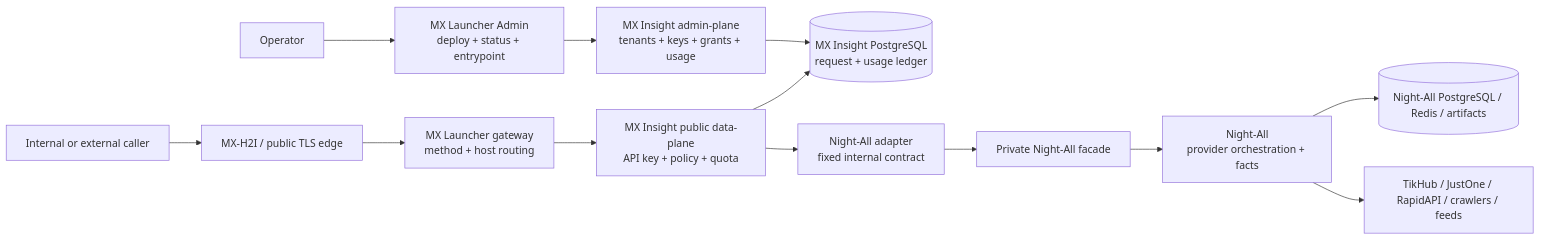
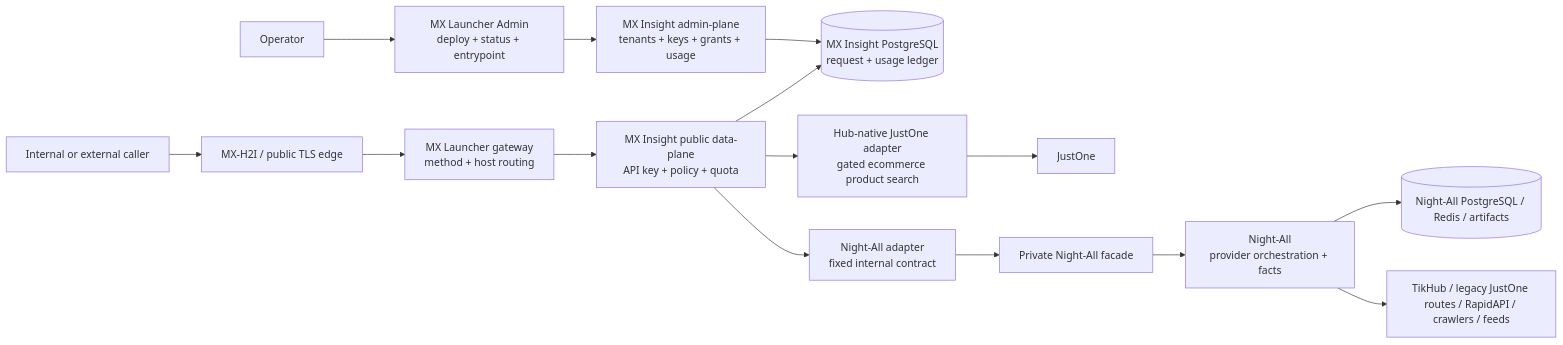
Before and after one commit to qpjoy/de-llaaddddeerr: the diagram in electron-dock/mx-insight-hub/docs/architecture/system-context.md, drawn with Mermaid. The commit also changed other lines of this file and 8 other files, not shown here.

````diff
--- a/electron-dock/mx-insight-hub/docs/architecture/system-context.md
+++ b/electron-dock/mx-insight-hub/docs/architecture/system-context.md
@@ -7,15 +7,17 @@
 ```mermaid
 flowchart LR
   U["Internal or external caller"] --> E["MX-H2I / public TLS edge"]
   E --> G["MX Launcher gateway\nmethod + host routing"]
   G --> P["MX Insight public data-plane\nAPI key + policy + quota"]
   O["Operator"] --> L["MX Launcher Admin\ndeploy + status + entrypoint"]
   L --> A["MX Insight admin-plane\ntenants + keys + grants + usage"]
   P --> DB[("MX Insight PostgreSQL\nrequest + usage ledger")]
   A --> DB
+  P --> J["Hub-native JustOne adapter\ngated ecommerce product search"]
+  J --> X["JustOne"]
   P --> N["Night-All adapter\nfixed internal contract"]
   N --> F["Private Night-All facade"]
   F --> NA["Night-All\nprovider orchestration + facts"]
   NA --> NP[("Night-All PostgreSQL / Redis / artifacts")]
-  NA --> X["TikHub / JustOne / RapidAPI / crawlers / feeds"]
+  NA --> NX["TikHub / legacy JustOne routes / RapidAPI / crawlers / feeds"]
 ```
````
